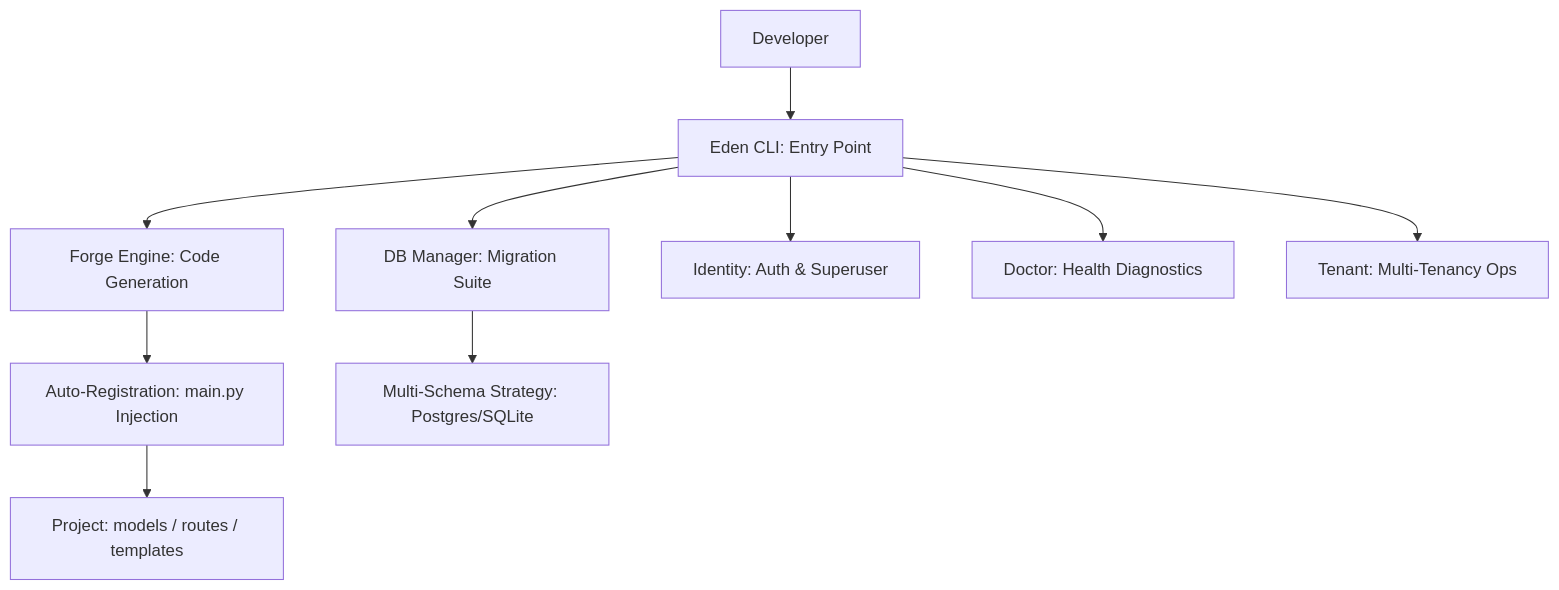
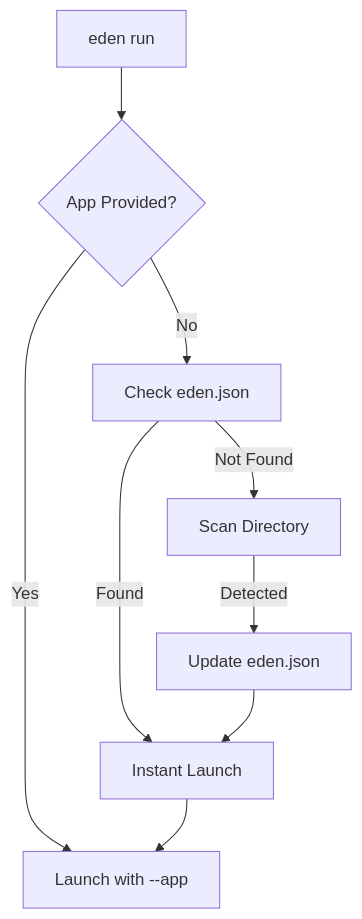
Before and after one commit to kwabenaberko25/eden: the diagram in docs/guides/cli.md, drawn with Mermaid. The commit also changed other lines of this file and 5 other files, not shown here.

Commit message:
Feat: Harden CLI Auth and Identity Lifecycle. Refactored superuser creation and fixed audit logging greenlet conflicts.

````diff
--- a/docs/guides/cli.md
+++ b/docs/guides/cli.md
@@ -13,12 +19,11 @@
 ```mermaid
 graph TD
-    A["Developer"] --> B["Eden CLI: Entry Point"]
-    B --> C["Forge Engine: Code Generation"]
-    B --> D["DB Manager: Migration Suite"]
-    B --> E["Identity: Auth & Superuser"]
-    B --> F["Doctor: Health Diagnostics"]
-    B --> G["Tenant: Multi-Tenancy Ops"]
-    C --> H["Auto-Registration: main.py Injection"]
-    D --> I["Multi-Schema Strategy: Postgres/SQLite"]
-    H --> J["Project: models / routes / templates"]
+    A["eden run"] --> B{"App Provided?"}
+    B -- "No" --> C["Check eden.json"]
+    B -- "Yes" --> G["Launch with --app"]
+    C -- "Not Found" --> D["Scan Directory"]
+    D -- "Detected" --> E["Update eden.json"]
+    C -- "Found" --> F["Instant Launch"]
+    E --> F
+    F --> G
 ```
````
